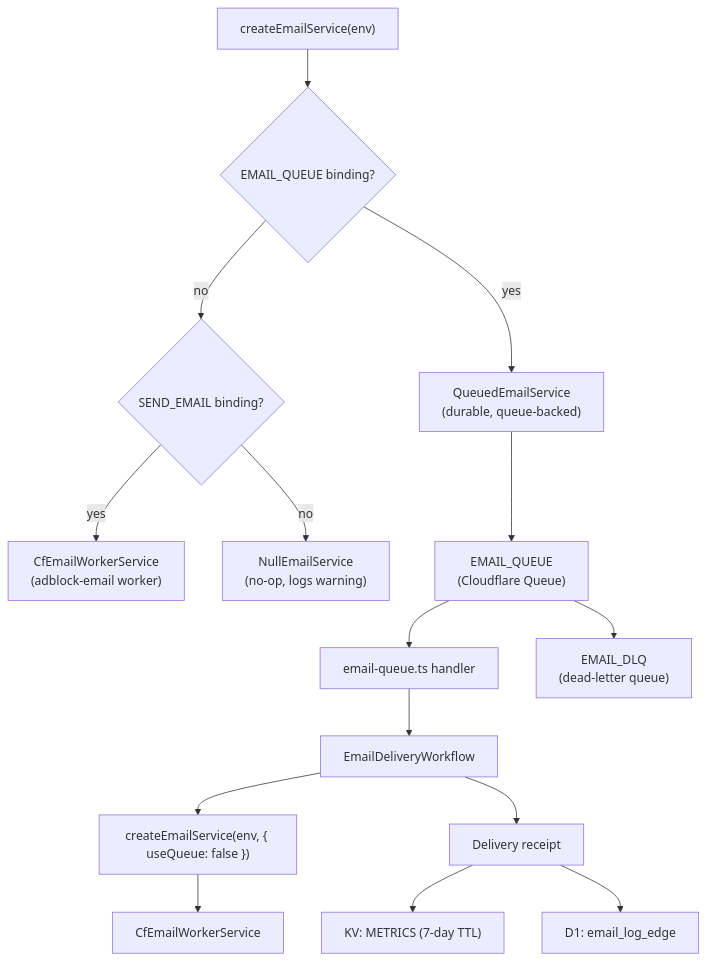
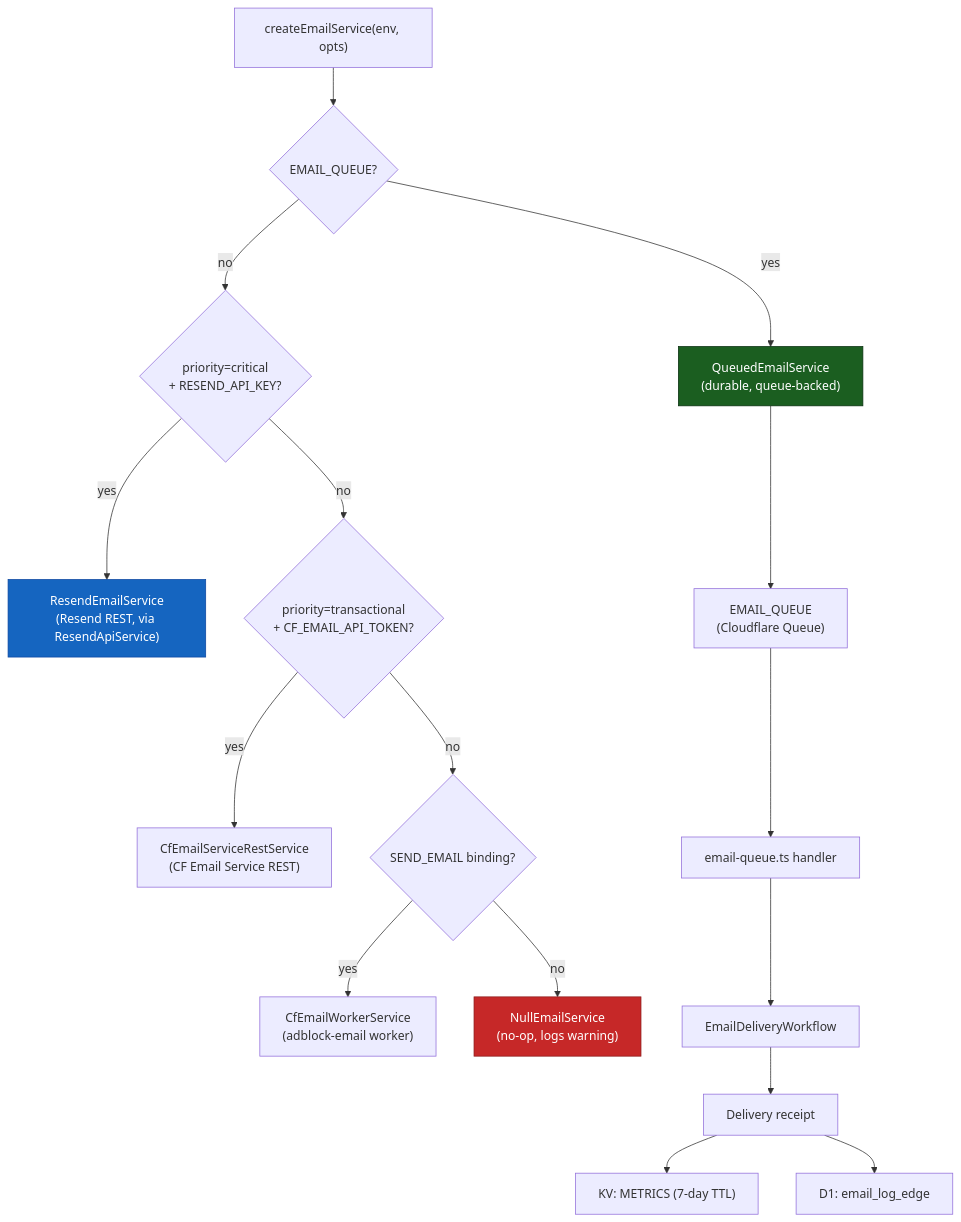
One commit to jaypatrick/adblock-compiler changed the diagram in docs/cloudflare/EMAIL_SERVICE.md. Above: the diagram before and after it, drawn with Mermaid. The commit also changed other lines of this file and 3 other files, not shown here.

First line of the commit message:
docs: add ResendApiService, contact sync, and Bloqr template docs (PR #1714 follow-up)

````diff
--- a/docs/cloudflare/EMAIL_SERVICE.md
+++ b/docs/cloudflare/EMAIL_SERVICE.md
@@ -9,19 +9,23 @@
 ```mermaid
 flowchart TD
-    Factory["createEmailService(env)"] --> P1{EMAIL_QUEUE binding?}
+    Factory["createEmailService(env, opts)"] --> P1{EMAIL_QUEUE?}
     P1 -- yes --> QSvc["QueuedEmailService\n(durable, queue-backed)"]
-    P1 -- no --> P2{SEND_EMAIL binding?}
-    P2 -- yes --> CFSvc["CfEmailWorkerService\n(adblock-email worker)"]
-    P2 -- no --> NullSvc["NullEmailService\n(no-op, logs warning)"]
+    P1 -- no --> P2{priority=critical\n+ RESEND_API_KEY?}
+    P2 -- yes --> ResendSvc["ResendEmailService\n(Resend REST, via ResendApiService)"]
+    P2 -- no --> P3{priority=transactional\n+ CF_EMAIL_API_TOKEN?}
+    P3 -- yes --> CFRestSvc["CfEmailServiceRestService\n(CF Email Service REST)"]
+    P3 -- no --> P4{SEND_EMAIL binding?}
+    P4 -- yes --> CFSvc["CfEmailWorkerService\n(adblock-email worker)"]
+    P4 -- no --> NullSvc["NullEmailService\n(no-op, logs warning)"]
 
     QSvc --> Queue["EMAIL_QUEUE\n(Cloudflare Queue)"]
     Queue --> QHandler["email-queue.ts handler"]
     QHandler --> WF["EmailDeliveryWorkflow"]
-    WF --> DirectFactory["createEmailService(env, { useQueue: false })"]
-    DirectFactory --> CFSvc2["CfEmailWorkerService"]
     WF --> Receipt["Delivery receipt"]
     Receipt --> KV["KV: METRICS (7-day TTL)"]
     Receipt --> D1["D1: email_log_edge"]
 
-    Queue --> DLQ["EMAIL_DLQ\n(dead-letter queue)"]
+    style ResendSvc fill:#1565c0,stroke:#0d47a1,color:#fff
+    style QSvc fill:#1b5e20,stroke:#0a3010,color:#fff
+    style NullSvc fill:#c62828,stroke:#8e1c1c,color:#fff
 ```
````
